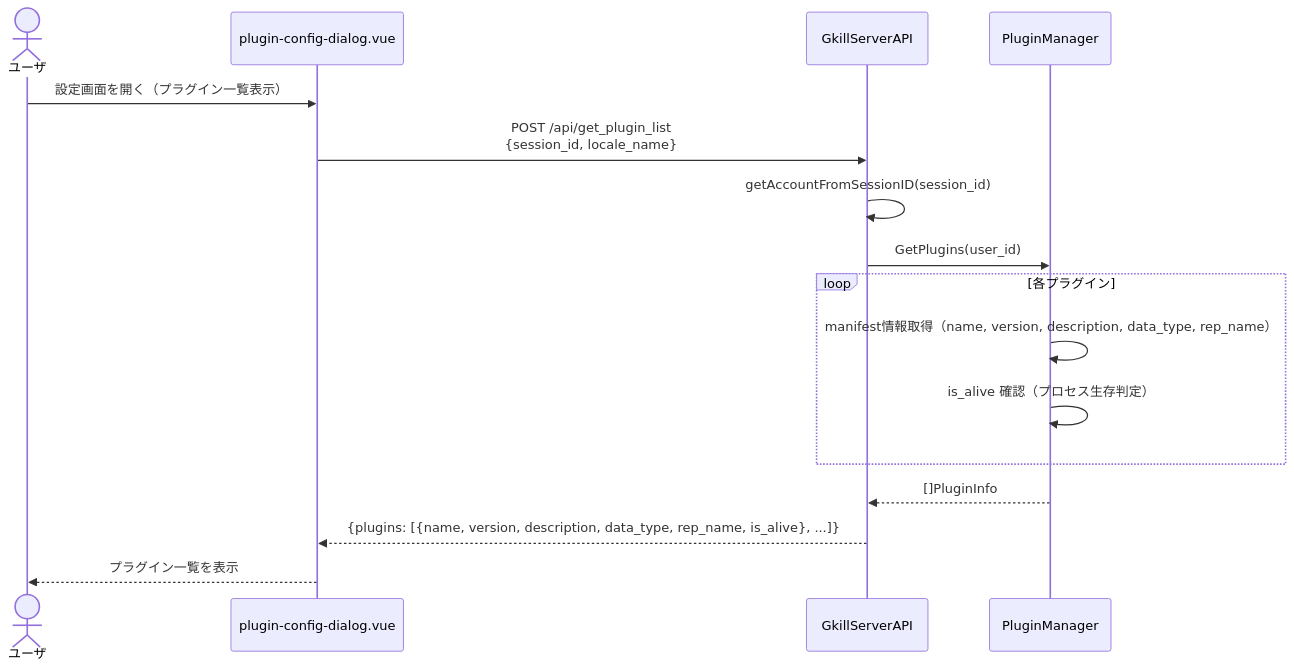
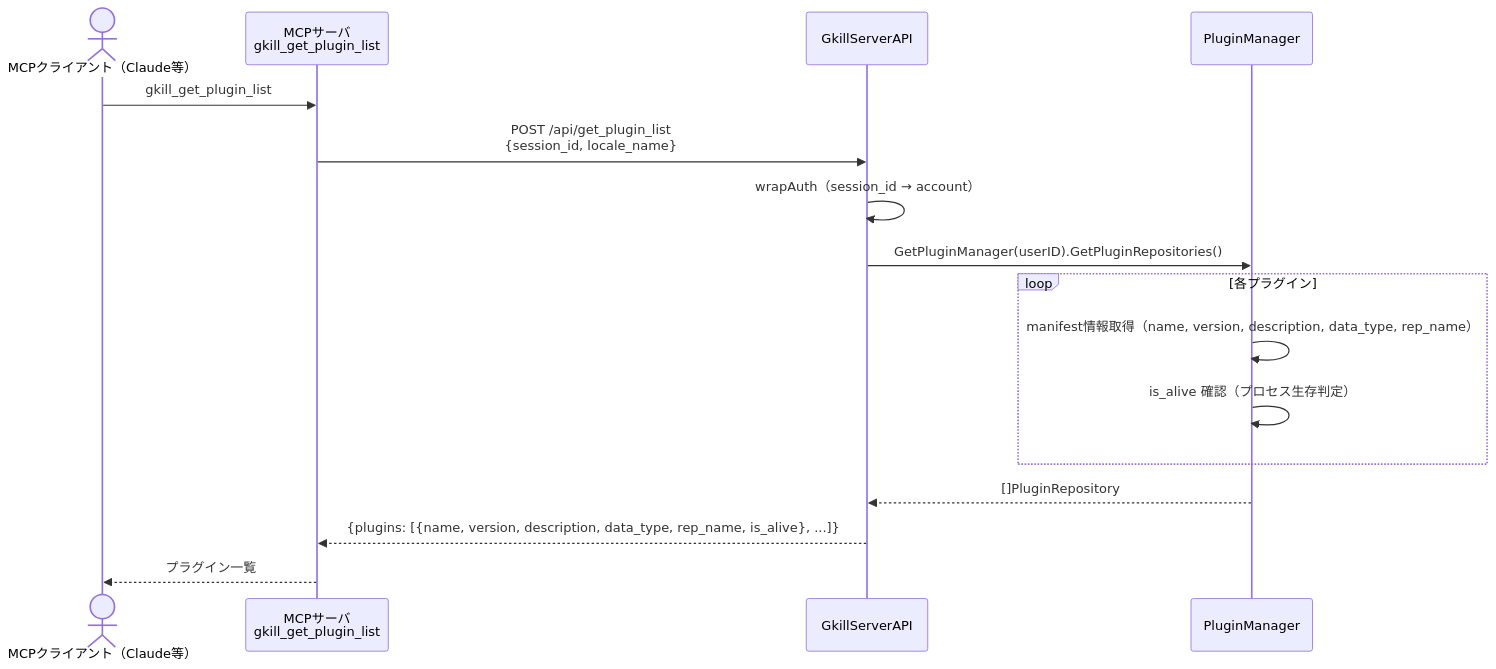
One commit to mt3hr/gkill changed diagram 19 of 27 in documents/reverse/sequence-diagrams.md. Above: the diagram before and after it, drawn with Mermaid. The commit also changed other lines of this file and 25 other files, not shown here.

````diff
--- a/documents/reverse/sequence-diagrams.md
+++ b/documents/reverse/sequence-diagrams.md
@@ -558,19 +562,19 @@
 ```mermaid
 sequenceDiagram
-    actor User as ユーザ
-    participant UI as plugin-config-dialog.vue
+    actor Client as MCPクライアント（Claude等）
+    participant MCP as MCPサーバ<br>gkill_get_plugin_list
     participant API as GkillServerAPI
     participant PluginMgr as PluginManager
 
-    User->>UI: 設定画面を開く（プラグイン一覧表示）
-    UI->>API: POST /api/get_plugin_list<br>{session_id, locale_name}
-    API->>API: getAccountFromSessionID(session_id)
-    API->>PluginMgr: GetPlugins(user_id)
+    Client->>MCP: gkill_get_plugin_list
+    MCP->>API: POST /api/get_plugin_list<br>{session_id, locale_name}
+    API->>API: wrapAuth（session_id → account）
+    API->>PluginMgr: GetPluginManager(userID).GetPluginRepositories()
     loop 各プラグイン
         PluginMgr->>PluginMgr: manifest情報取得（name, version, description, data_type, rep_name）
         PluginMgr->>PluginMgr: is_alive 確認（プロセス生存判定）
     end
-    PluginMgr-->>API: []PluginInfo
-    API-->>UI: {plugins: [{name, version, description, data_type, rep_name, is_alive}, ...]}
-    UI-->>User: プラグイン一覧を表示
+    PluginMgr-->>API: []PluginRepository
+    API-->>MCP: {plugins: [{name, version, description, data_type, rep_name, is_alive}, ...]}
+    MCP-->>Client: プラグイン一覧
 ```
````
